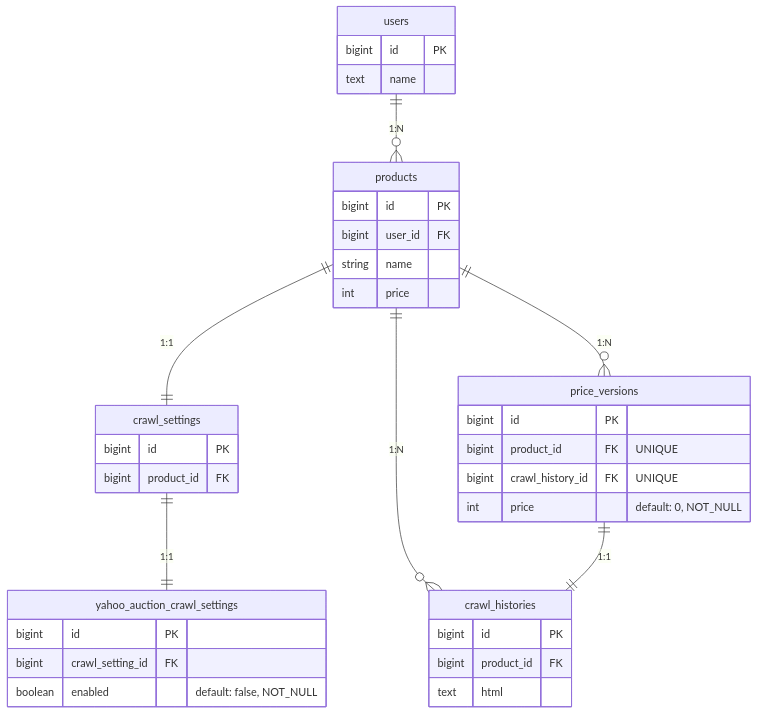
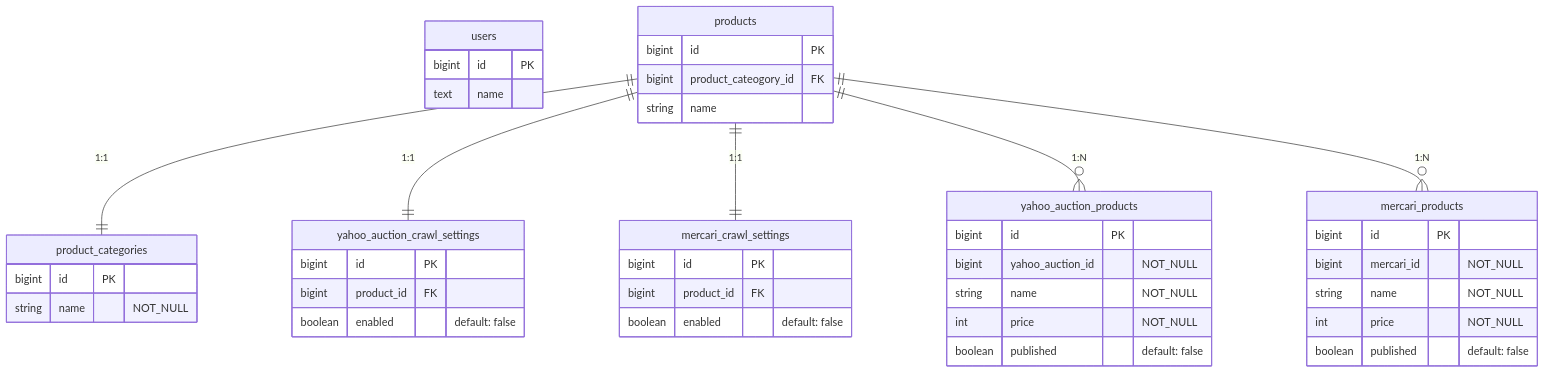
One commit to kuroweb/price-monitoring changed the second of 2 diagrams in README.md. Above: the diagram before and after it, drawn with Mermaid.

Commit message:
feat: #11 ERを修正する

````diff
--- a/README.md
+++ b/README.md
@@ -80,40 +80,46 @@
 ```mermaid
 erDiagram
   users {
     bigint id PK
     text name
   }
   products {
     bigint id PK
-    bigint user_id FK
+    bigint product_cateogory_id FK
     string name
-    int price
   }
-  crawl_settings {
+  product_categories {
     bigint id PK
-    bigint product_id FK
+    string name "NOT_NULL"
   }
   yahoo_auction_crawl_settings {
     bigint id PK
-    bigint crawl_setting_id FK
-    boolean enabled "default: false, NOT_NULL"
+    bigint product_id FK
+    boolean enabled "default: false"
   }
-  price_versions {
-    bigint id PK
-    bigint product_id FK "UNIQUE"
-    bigint crawl_history_id FK "UNIQUE"
-    int price "default: 0, NOT_NULL"
-  }
-  crawl_histories {
+  mercari_crawl_settings {
     bigint id PK
     bigint product_id FK
-    text html
+    boolean enabled "default: false"
+  }
+  yahoo_auction_products {
+    bigint id PK
+    bigint yahoo_auction_id "NOT_NULL"
+    string name "NOT_NULL"
+    int price "NOT_NULL"
+    boolean published "default: false"
+  }
+  mercari_products {
+    bigint id PK
+    bigint mercari_id "NOT_NULL"
+    string name "NOT_NULL"
+    int price "NOT_NULL"
+    boolean published "default: false"
   }
 
-  users ||--o{ products : "1:N"
-  products ||--|| crawl_settings : "1:1"
-  crawl_settings ||--|| yahoo_auction_crawl_settings : "1:1"
-  products ||--o{ price_versions : "1:N"
-  products ||--o{ crawl_histories : "1:N"
-  price_versions ||--|| crawl_histories : "1:1"
+  products ||--|| product_categories : "1:1"
+  products ||--|| yahoo_auction_crawl_settings : "1:1"
+  products ||--|| mercari_crawl_settings : "1:1"
+  products ||--o{ yahoo_auction_products : "1:N"
+  products ||--o{ mercari_products : "1:N"
 ```
````
